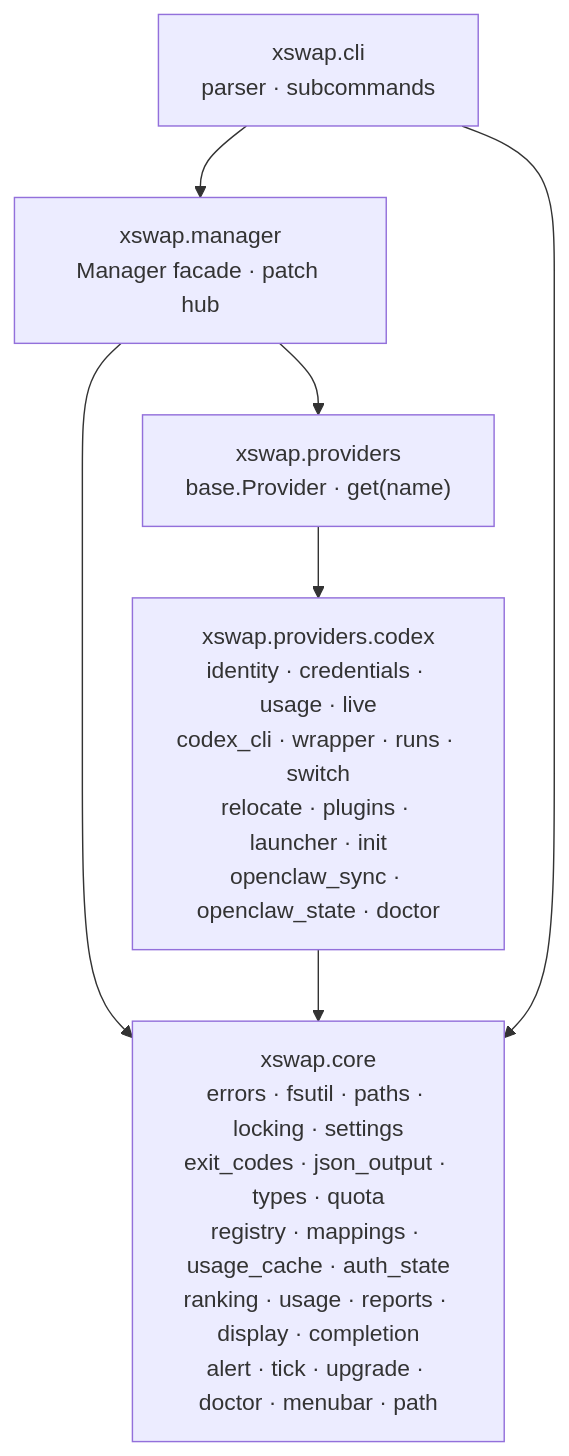
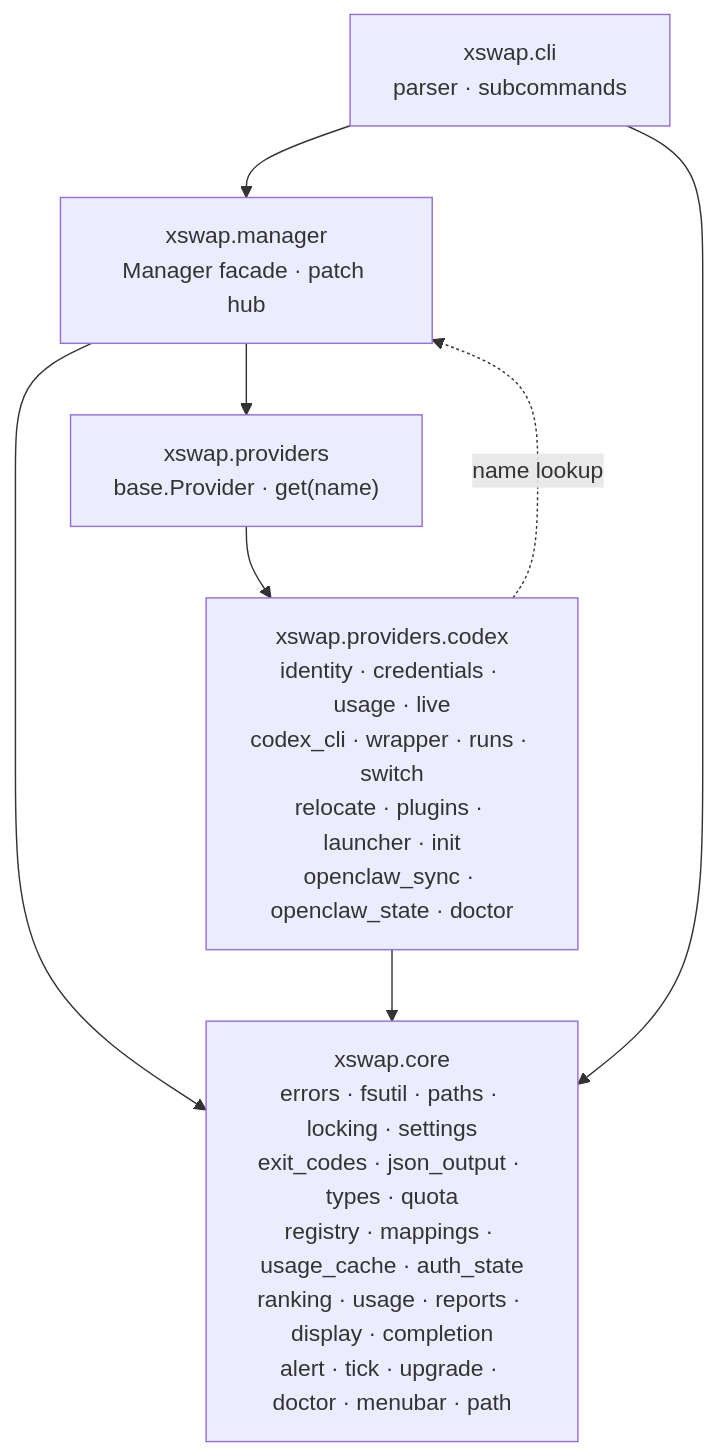
The diagram in docs/architecture.md (intellieffect/xswap), drawn with Mermaid before and after one commit. The commit also changed other lines of this file and 8 other files, not shown here.

````diff
--- a/docs/architecture.md
+++ b/docs/architecture.md
@@ -12,15 +12,16 @@
 ```mermaid
 flowchart TD
     CLI["xswap.cli<br/>parser · subcommands"]
     M["xswap.manager<br/>Manager facade · patch hub"]
     P["xswap.providers<br/>base.Provider · get(name)"]
     PC["xswap.providers.codex<br/>identity · credentials · usage · live<br/>codex_cli · wrapper · runs · switch<br/>relocate · plugins · launcher · init<br/>openclaw_sync · openclaw_state · doctor"]
     C["xswap.core<br/>errors · fsutil · paths · locking · settings<br/>exit_codes · json_output · types · quota<br/>registry · mappings · usage_cache · auth_state<br/>ranking · usage · reports · display · completion<br/>alert · tick · upgrade · doctor · menubar · path"]
 
     CLI --> M
     M --> P
     P --> PC
     M --> C
     PC --> C
+    PC -. name lookup .-> M
     CLI --> C
 ```
````
